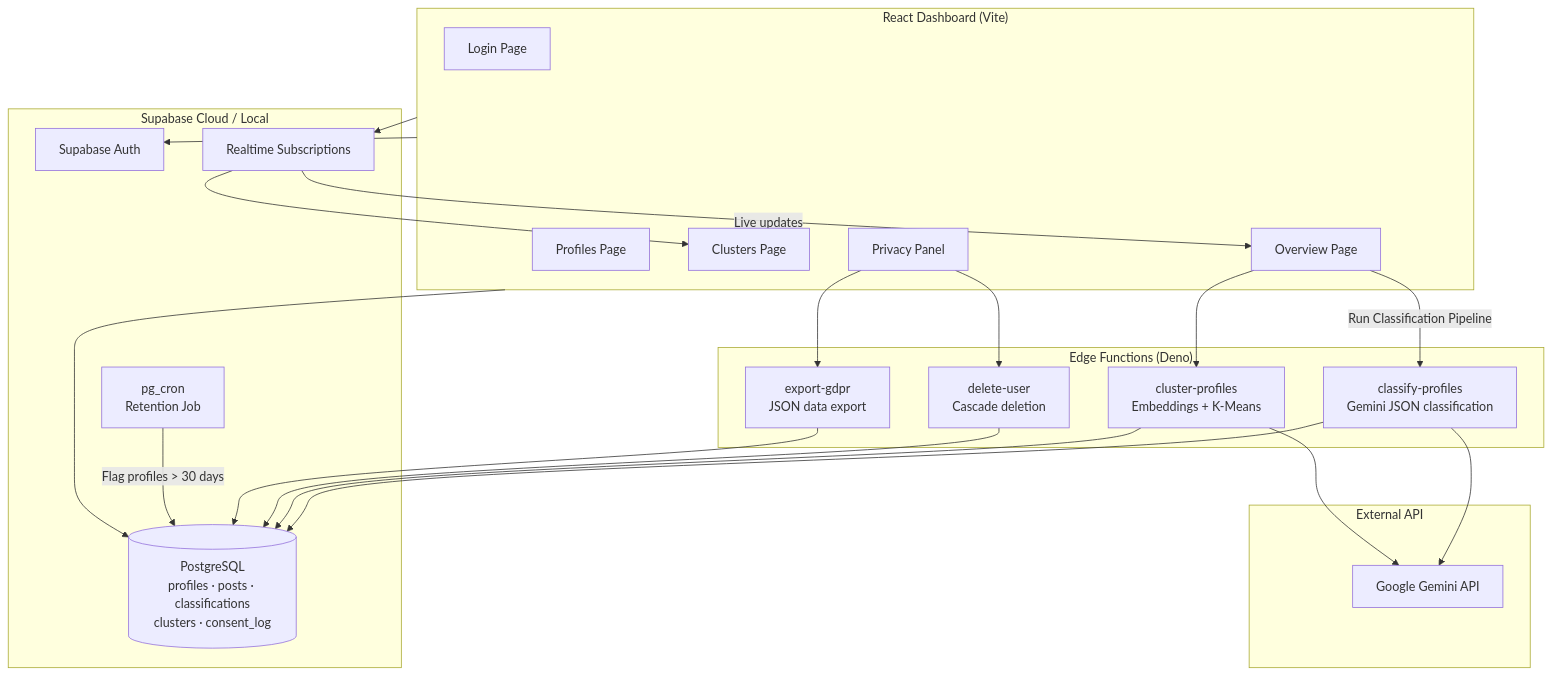
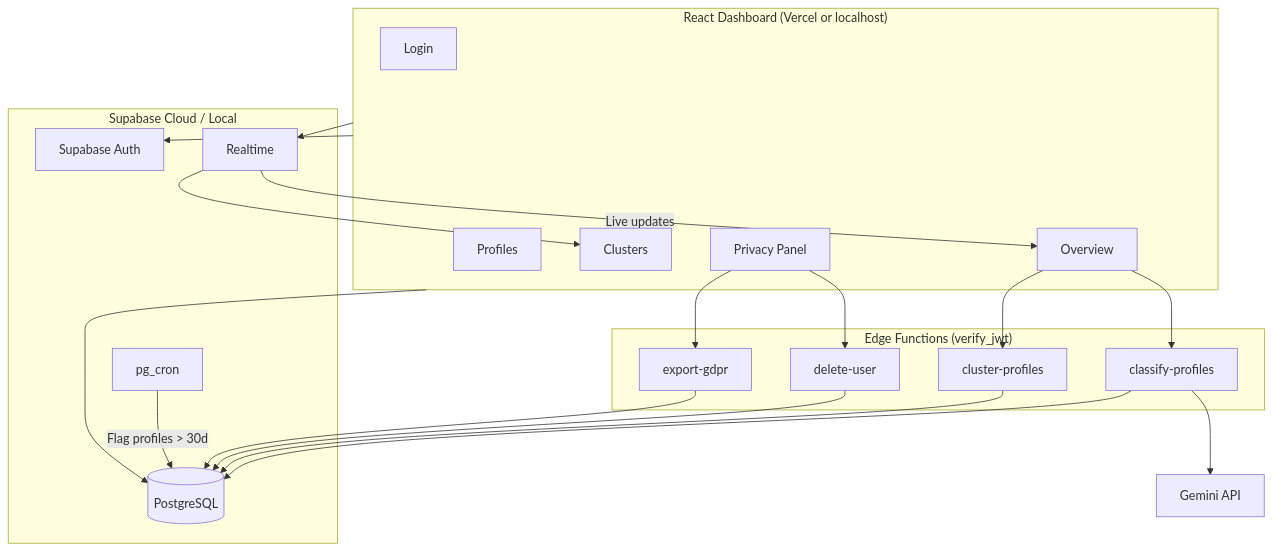
Before and after one commit to Bayanyahya5/hive: the diagram in README.md, drawn with Mermaid. The commit also changed other lines of this file and 27 other files, not shown here.

````diff
--- a/README.md
+++ b/README.md
@@ -46,45 +84,42 @@
 ```mermaid
 flowchart TB
-    subgraph Client["React Dashboard (Vite)"]
-        Login["Login Page"]
-        Overview["Overview Page"]
-        Profiles["Profiles Page"]
-        Clusters["Clusters Page"]
+    subgraph Client["React Dashboard (Vercel or localhost)"]
+        Login["Login"]
+        Overview["Overview"]
+        Profiles["Profiles"]
+        Clusters["Clusters"]
         Privacy["Privacy Panel"]
     end
 
     subgraph Supabase["Supabase Cloud / Local"]
         Auth["Supabase Auth"]
-        DB[("PostgreSQL\nprofiles · posts · classifications\nclusters · consent_log")]
-        Realtime["Realtime Subscriptions"]
-        Cron["pg_cron\nRetention Job"]
+        DB[("PostgreSQL")]
+        RT["Realtime"]
+        Cron["pg_cron"]
     end
 
-    subgraph EdgeFunctions["Edge Functions (Deno)"]
-        Classify["classify-profiles\nGemini JSON classification"]
-        Cluster["cluster-profiles\nEmbeddings + K-Means"]
-        Delete["delete-user\nCascade deletion"]
-        Export["export-gdpr\nJSON data export"]
+    subgraph Edge["Edge Functions (verify_jwt)"]
+        Classify["classify-profiles"]
+        ClusterFn["cluster-profiles"]
+        DeleteFn["delete-user"]
+        ExportFn["export-gdpr"]
     end
 
-    subgraph External["External API"]
-        Gemini["Google Gemini API"]
-    end
+    Gemini["Gemini API"]
 
     Client --> Auth
     Client --> DB
-    Client --> Realtime
-    Overview -->|"Run Classification Pipeline"| Classify
-    Overview --> Cluster
-    Privacy --> Delete
-    Privacy --> Export
+    Client --> RT
+    Overview --> Classify
+    Overview --> ClusterFn
+    Privacy --> DeleteFn
+    Privacy --> ExportFn
     Classify --> Gemini
-    Cluster --> Gemini
     Classify --> DB
-    Cluster --> DB
-    Delete --> DB
-    Export --> DB
-    Cron -->|"Flag profiles > 30 days"| DB
-    Realtime -->|"Live updates"| Overview
-    Realtime --> Clusters
+    ClusterFn --> DB
+    DeleteFn --> DB
+    ExportFn --> DB
+    Cron -->|"Flag profiles > 30d"| DB
+    RT -->|"Live updates"| Overview
+    RT --> Clusters
 ```
````
